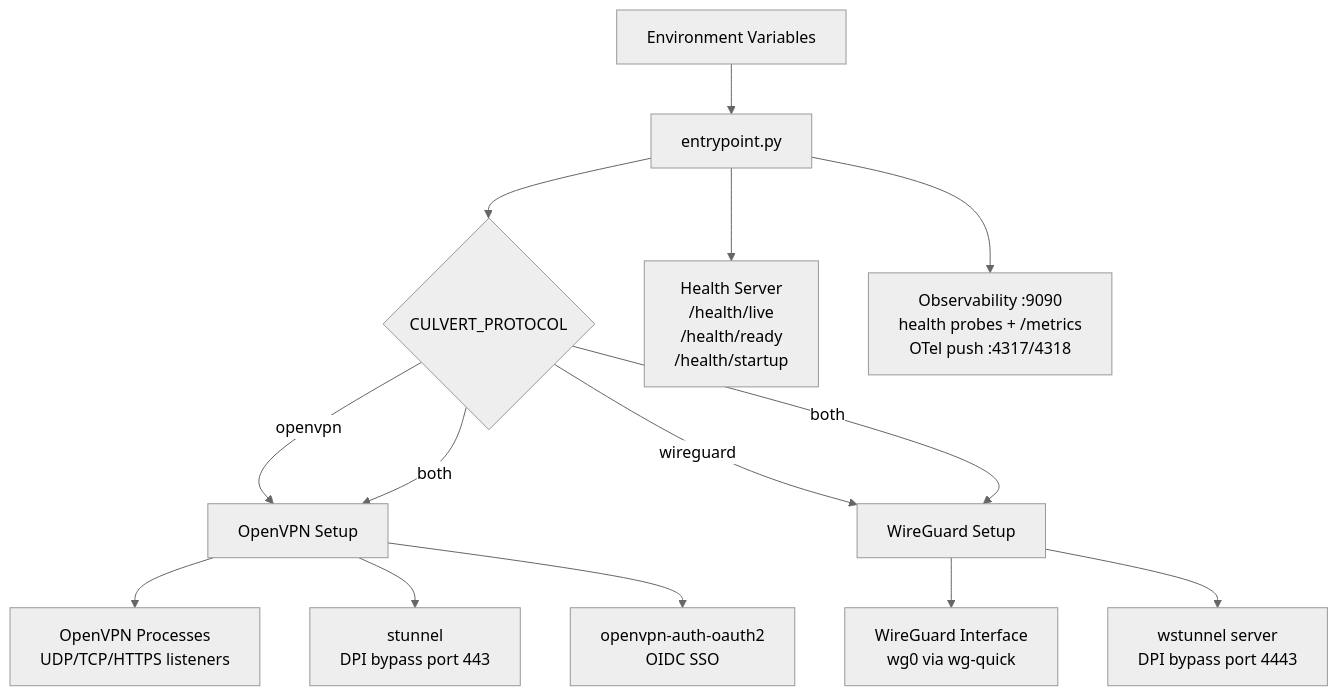
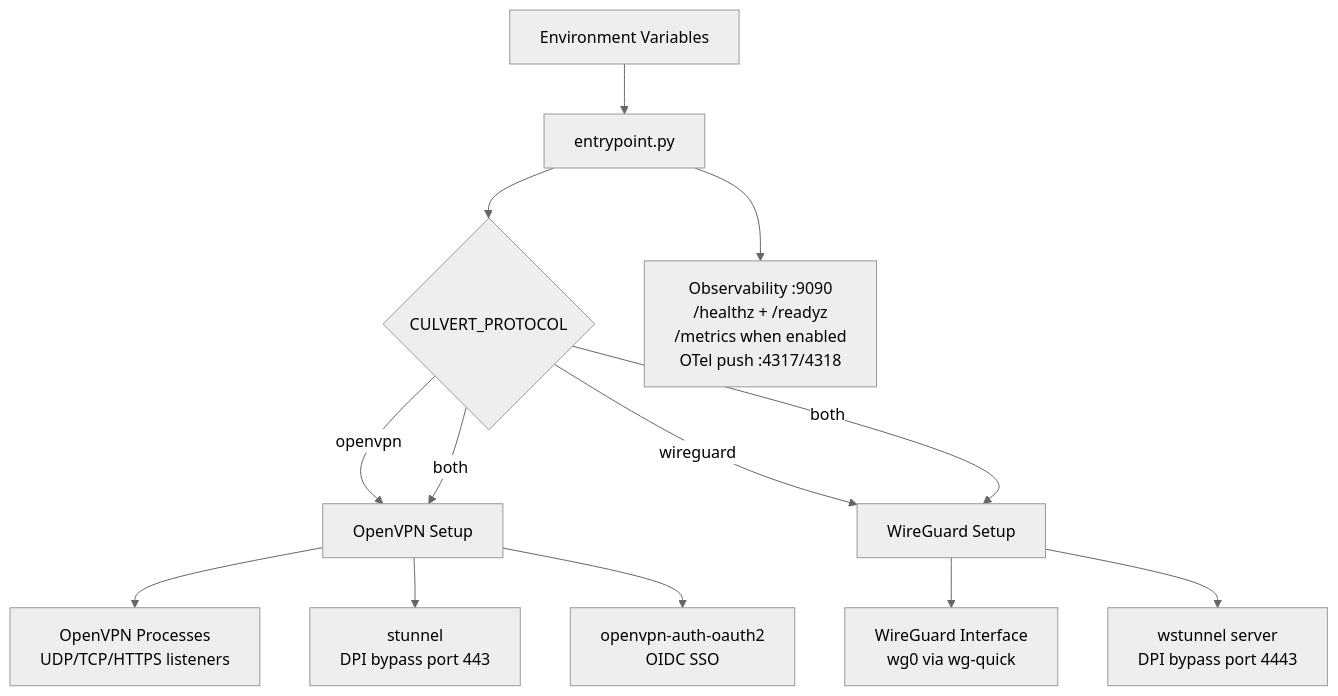
The diagram in README.md (hyperi-io/culvert), drawn with Mermaid (neutral theme) before and after one commit. The commit also changed other lines of this file and 52 other files, not shown here.

````diff
--- a/README.md
+++ b/README.md
@@ -38,19 +40,18 @@
 ```mermaid
 graph TD
     ENV[Environment Variables] --> EP[entrypoint.py]
     EP --> PROTO{CULVERT_PROTOCOL}
     PROTO -->|openvpn| OV[OpenVPN Setup]
     PROTO -->|wireguard| WG[WireGuard Setup]
     PROTO -->|both| OV
     PROTO -->|both| WG
 
     OV --> OVP[OpenVPN Processes<br/>UDP/TCP/HTTPS listeners]
     OV --> STUNNEL[stunnel<br/>DPI bypass port 443]
     OV --> OAUTH[openvpn-auth-oauth2<br/>OIDC SSO]
 
     WG --> WGP[WireGuard Interface<br/>wg0 via wg-quick]
     WG --> WST[wstunnel server<br/>DPI bypass port 4443]
 
-    EP --> HEALTH[Health Server<br/>/health/live<br/>/health/ready<br/>/health/startup]
-    EP --> METRICS[Observability :9090<br/>health probes + /metrics<br/>OTel push :4317/4318]
+    EP --> OBS[Observability :9090<br/>/healthz + /readyz<br/>/metrics when enabled<br/>OTel push :4317/4318]
 ```
````
